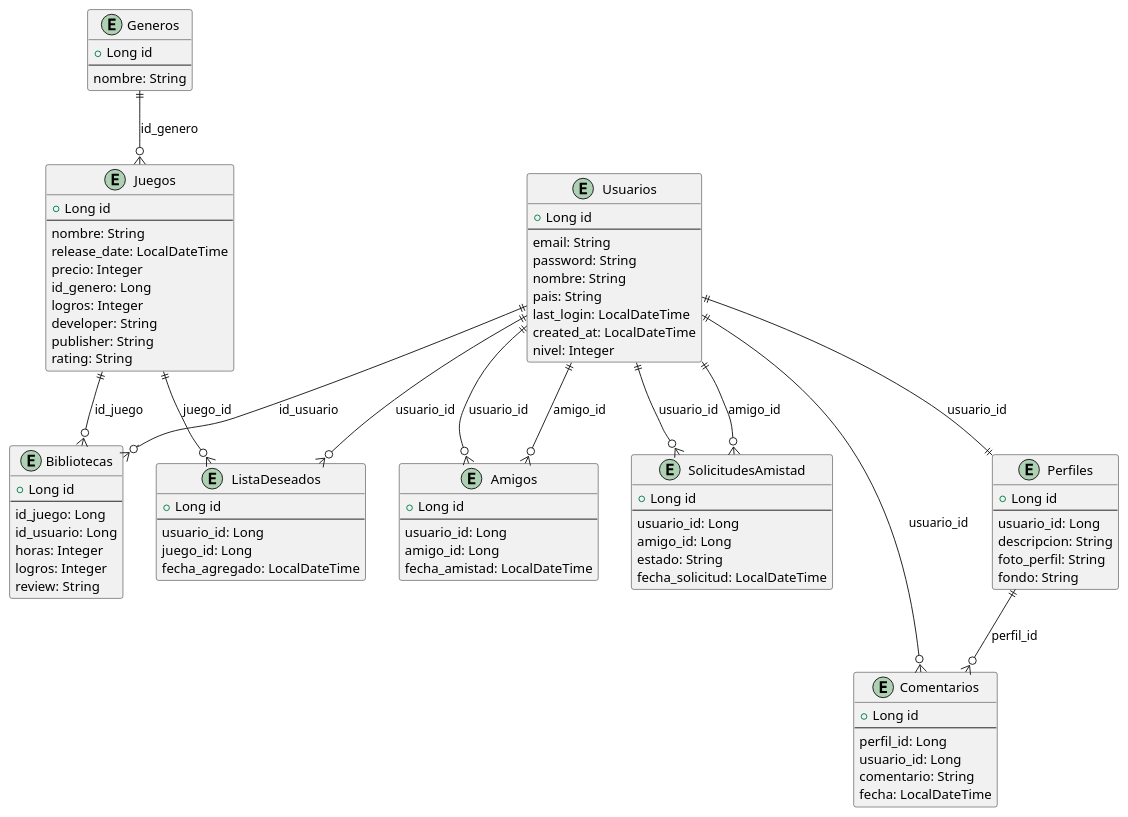
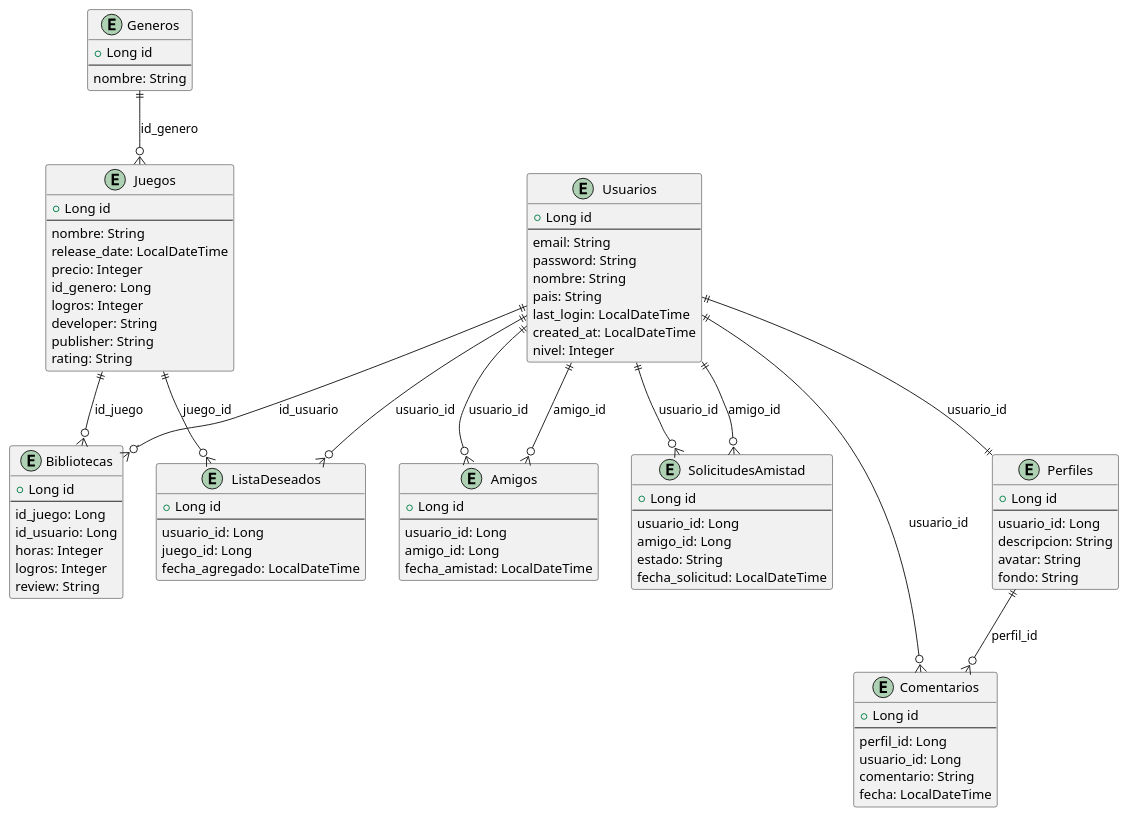
Before and after one commit to 405660-NIETO/Biblioteca-Steam: the diagram in docs/der.puml, drawn with PlantUML. The commit also changed 8 other files, not shown here.

```diff
--- a/docs/der.puml
+++ b/docs/der.puml
@@ -1,105 +1,105 @@
 @startuml
 
 entity "Generos" {
   + Long id
   --
   nombre: String
 }
 
 entity "Juegos" {
   + Long id
   --
   nombre: String
   release_date: LocalDateTime
   precio: Integer
   id_genero: Long
   logros: Integer
   developer: String
   publisher: String
   rating: String
 }
 
 entity "Usuarios" {
   + Long id
   --
   email: String
   password: String
   nombre: String
   pais: String
   last_login: LocalDateTime
   created_at: LocalDateTime
   nivel: Integer
 }
 
 entity "Bibliotecas" {
   + Long id
   --
   id_juego: Long
   id_usuario: Long
   horas: Integer
   logros: Integer
   review: String
 }
 
 entity "Perfiles" {
   + Long id
   --
   usuario_id: Long
   descripcion: String
-  foto_perfil: String
+  avatar: String
   fondo: String
 }
 
 entity "Comentarios" {
   + Long id
   --
   perfil_id: Long
   usuario_id: Long
   comentario: String
   fecha: LocalDateTime
 }
 
 entity "Amigos" {
   + Long id
   --
   usuario_id: Long
   amigo_id: Long
   fecha_amistad: LocalDateTime
 }
 
 entity "SolicitudesAmistad" {
   + Long id
   --
   usuario_id: Long
   amigo_id: Long
   estado: String
   fecha_solicitud: LocalDateTime
 }
 
 entity "ListaDeseados" {
   + Long id
   --
   usuario_id: Long
   juego_id: Long
   fecha_agregado: LocalDateTime
 }
 
 ' Relaciones
 Generos ||--o{ Juegos : "id_genero"
 Juegos ||--o{ Bibliotecas : "id_juego"
 Usuarios ||--o{ Bibliotecas : "id_usuario"
 
 Usuarios ||--|| Perfiles : "usuario_id"
 Perfiles ||--o{ Comentarios : "perfil_id"
 Usuarios ||--o{ Comentarios : "usuario_id"
 
 Usuarios ||--o{ Amigos : "usuario_id"
 Usuarios ||--o{ Amigos : "amigo_id"
 
 Usuarios ||--o{ SolicitudesAmistad : "usuario_id"
 Usuarios ||--o{ SolicitudesAmistad : "amigo_id"
 
 Usuarios ||--o{ ListaDeseados : "usuario_id"
 Juegos ||--o{ ListaDeseados : "juego_id"
 
 @enduml
```
